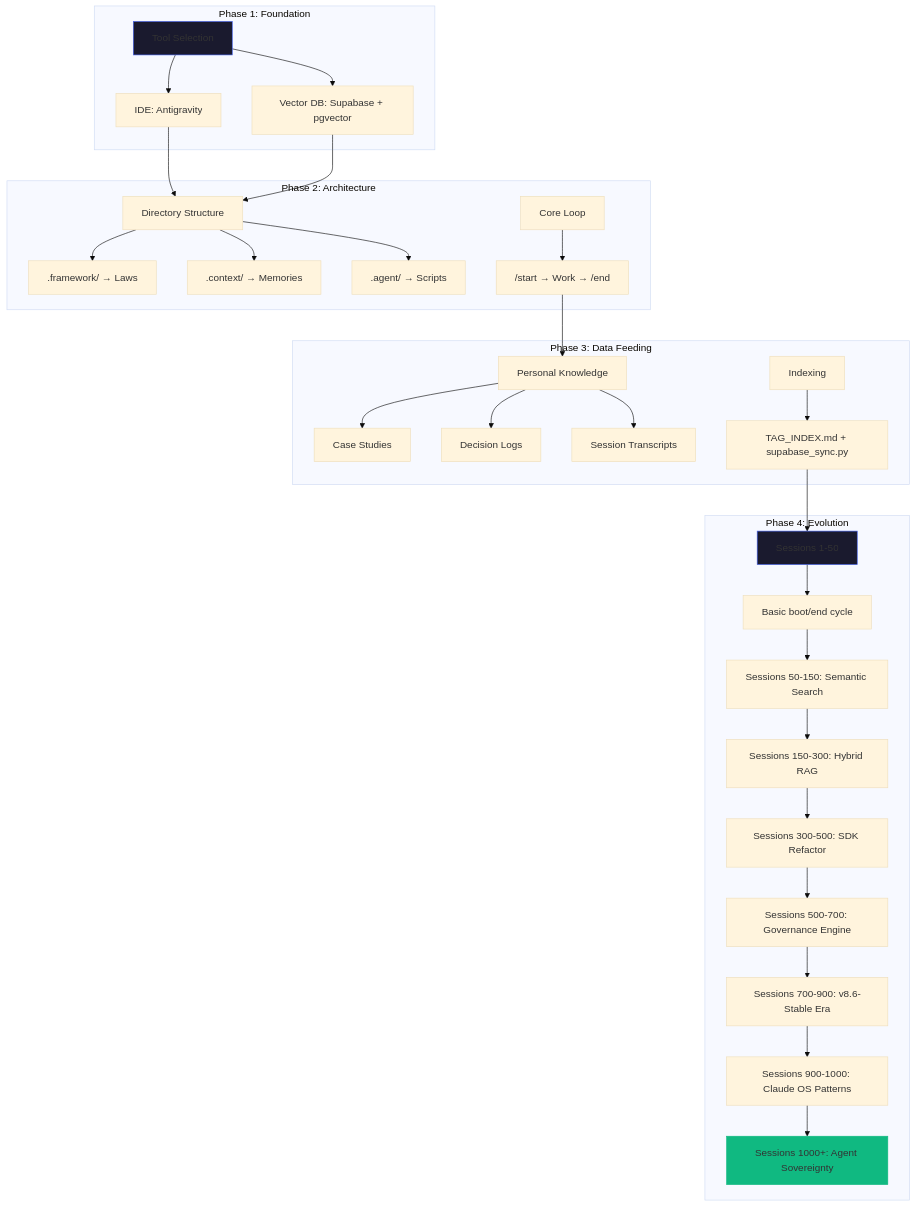
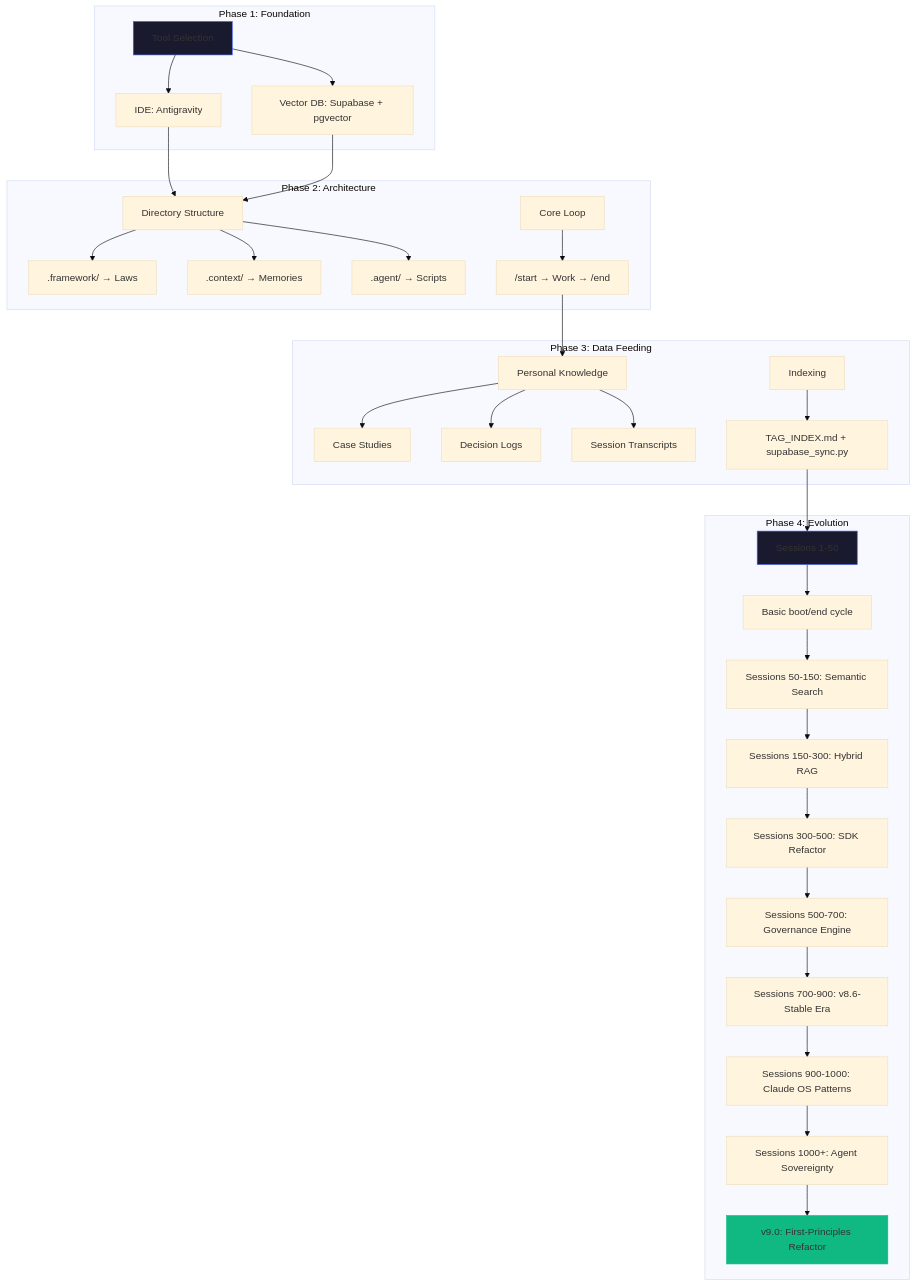
The fourth of 5 diagrams in README.md (agent-memory-atlas-archive/winstonkoh87--Athena-Public), drawn with Mermaid (base theme) before and after one commit. The commit also changed other lines of this file and 4 other files, not shown here.

First line of the commit message:
v9.0.0: First-Principles Workspace Refactor

````diff
--- a/README.md
+++ b/README.md
@@ -388,41 +388,42 @@
 ```mermaid
 graph TD
     subgraph "Phase 1: Foundation"
         A[Tool Selection] --> B[IDE: Antigravity]
         A --> C[Vector DB: Supabase + pgvector]
     end
 
     subgraph "Phase 2: Architecture"
         D[Directory Structure] --> E[".framework/ → Laws"]
         D --> F[".context/ → Memories"]
         D --> G[".agent/ → Scripts"]
         H[Core Loop] --> I["/start → Work → /end"]
     end
 
     subgraph "Phase 3: Data Feeding"
         J[Personal Knowledge] --> K[Case Studies]
         J --> L[Decision Logs]
         J --> M[Session Transcripts]
         N[Indexing] --> O["TAG_INDEX.md + supabase_sync.py"]
     end
 
     subgraph "Phase 4: Evolution"
         P["Sessions 1-50"] --> Q["Basic boot/end cycle"]
         Q --> R["Sessions 50-150: Semantic Search"]
         R --> S["Sessions 150-300: Hybrid RAG"]
         S --> T["Sessions 300-500: SDK Refactor"]
         T --> U["Sessions 500-700: Governance Engine"]
         U --> V["Sessions 700-900: v8.6-Stable Era"]
         V --> W["Sessions 900-1000: Claude OS Patterns"]
         W --> X["Sessions 1000+: Agent Sovereignty"]
+        X --> Y["v9.0: First-Principles Refactor"]
     end
 
     B --> D
     C --> D
     I --> J
     O --> P
 
     style A fill:#1a1a2e,stroke:#4361ee
     style P fill:#1a1a2e,stroke:#4361ee
-    style X fill:#10b981,stroke:#10b981
+    style Y fill:#10b981,stroke:#10b981
 ```
````
